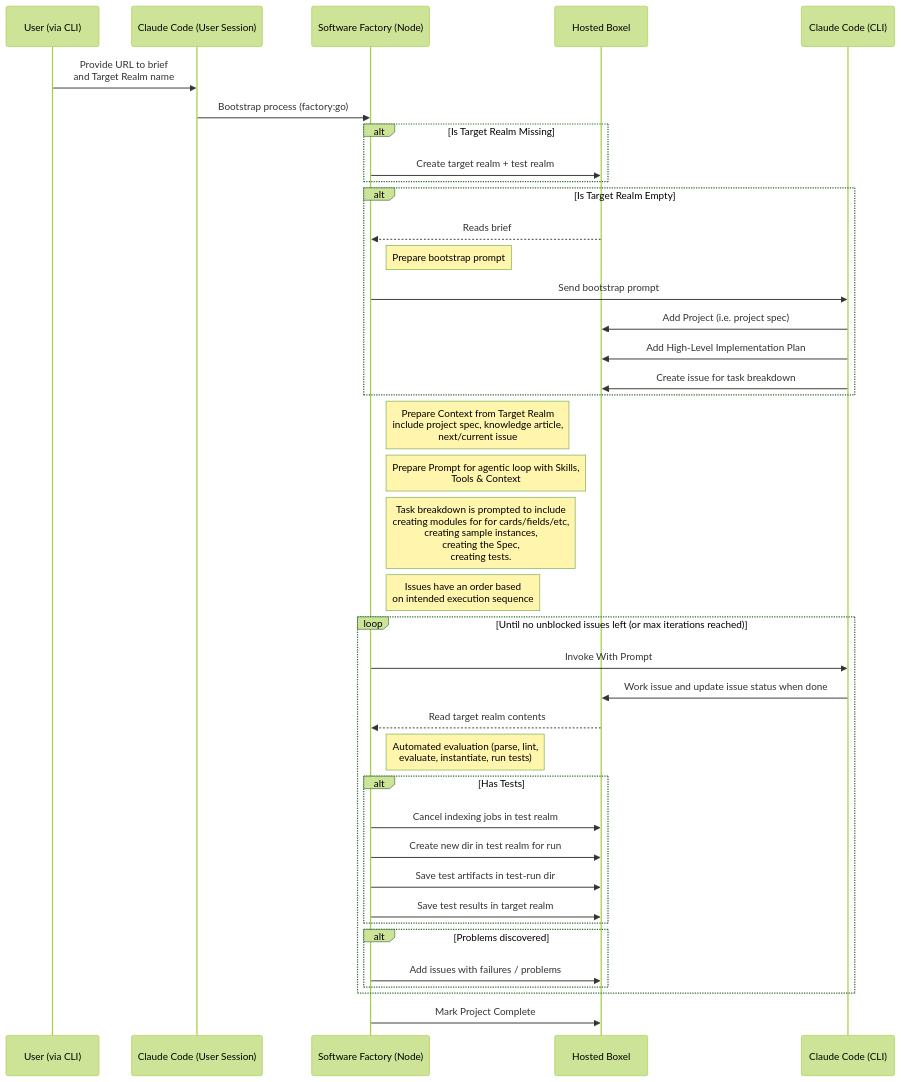
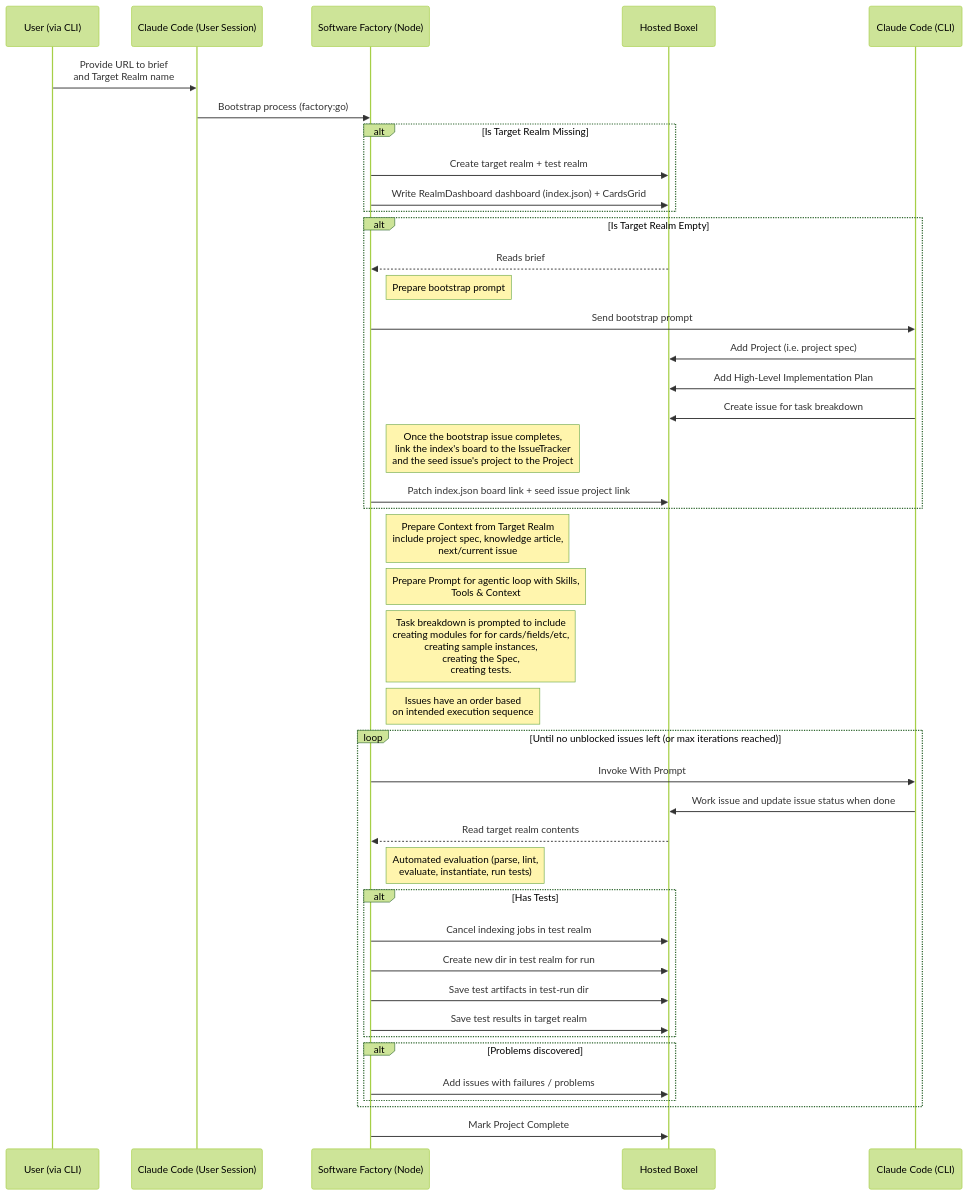
Before and after one commit to cardstack/boxel: the diagram in packages/software-factory/docs/architecture.md, drawn with Mermaid (forest theme). The commit also changed 19 other files, not shown here.

First line of the commit message:
Add new index page for freshly created target realm

````diff
--- a/packages/software-factory/docs/architecture.md
+++ b/packages/software-factory/docs/architecture.md
@@ -1,42 +1,45 @@
 ```mermaid
 sequenceDiagram
     participant User as User (via CLI)
     participant UserClaudeCode as Claude Code (User Session)
     participant Factory as Software Factory (Node)
     participant HostedBoxel as Hosted Boxel
     participant ClaudeCodeCLI as Claude Code (CLI)
 
     User->>UserClaudeCode: Provide URL to brief<br>and Target Realm name
     UserClaudeCode->>Factory: Bootstrap process (factory:go)
     alt Is Target Realm Missing
         Factory->>HostedBoxel: Create target realm + test realm
+        Factory->>HostedBoxel: Write RealmDashboard dashboard (index.json) + CardsGrid
     end
     alt Is Target Realm Empty
         HostedBoxel-->>Factory: Reads brief
         Note right of Factory: Prepare bootstrap prompt
         Factory->>ClaudeCodeCLI: Send bootstrap prompt
         ClaudeCodeCLI->>HostedBoxel: Add Project (i.e. project spec)
         ClaudeCodeCLI->>HostedBoxel: Add High-Level Implementation Plan
         ClaudeCodeCLI->>HostedBoxel: Create issue for task breakdown
+        Note right of Factory: Once the bootstrap issue completes,<br>link the index's board to the IssueTracker<br>and the seed issue's project to the Project
+        Factory->>HostedBoxel: Patch index.json board link + seed issue project link
     end
     Note right of Factory: Prepare Context from Target Realm<br>include project spec, knowledge article,<br>next/current issue
     Note right of Factory: Prepare Prompt for agentic loop with Skills,<br >Tools & Context
     Note right of Factory: Task breakdown is prompted to include<br>creating modules for for cards/fields/etc,<br>creating sample instances,<br>creating the Spec,<br>creating tests.
     Note right of Factory: Issues have an order based<br>on intended execution sequence
     loop Until no unblocked issues left (or max iterations reached)
         Factory->>ClaudeCodeCLI: Invoke With Prompt
         ClaudeCodeCLI->>HostedBoxel: Work issue and update issue status when done
         HostedBoxel-->>Factory: Read target realm contents
         Note right of Factory: Automated evaluation (parse, lint,<br>evaluate, instantiate, run tests)
         alt Has Tests
             Factory->>HostedBoxel: Cancel indexing jobs in test realm
             Factory->>HostedBoxel: Create new dir in test realm for run
             Factory->>HostedBoxel: Save test artifacts in test-run dir
             Factory->>HostedBoxel: Save test results in target realm
         end
         alt Problems discovered
             Factory->>HostedBoxel: Add issues with failures / problems
         end
     end
     Factory->>HostedBoxel: Mark Project Complete
 ```
````
